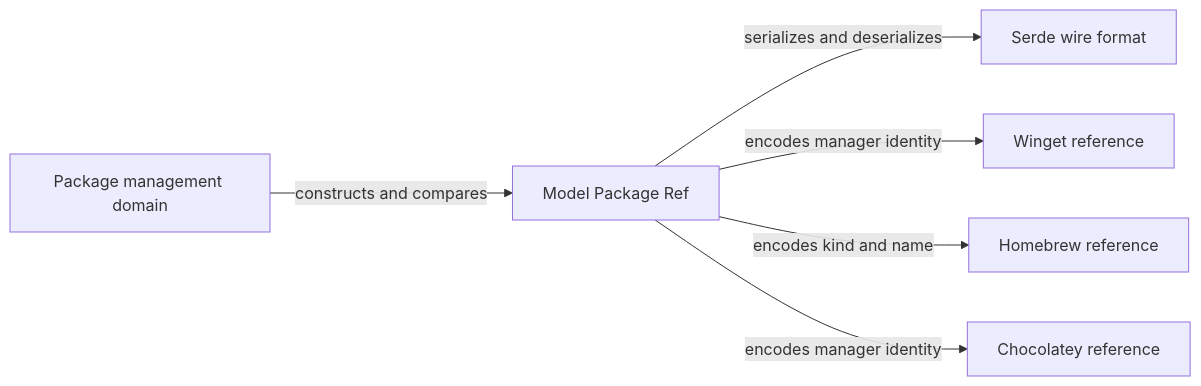
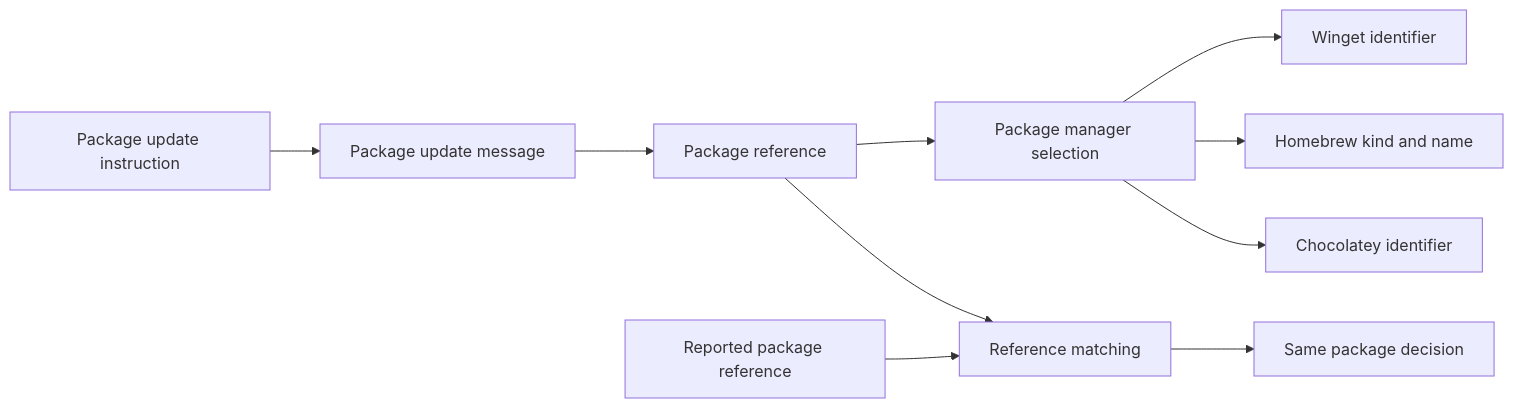
The first of 3 diagrams in docs/reference/architecture/openframe-client-core/model-package-ref/model-package-ref.md (flamingo-stack/openframe-oss-tenant), drawn with Mermaid before and after one commit. The commit also changed other lines of this file and 2377 other files, not shown here.

````diff
--- a/docs/reference/architecture/openframe-client-core/model-package-ref/model-package-ref.md
+++ b/docs/reference/architecture/openframe-client-core/model-package-ref/model-package-ref.md
@@ -73,8 +23,12 @@
 ```mermaid
 flowchart LR
-    PackageDomain["Package management domain"] -->|"constructs and compares"| PackageRef["Model Package Ref"]
-    PackageRef -->|"serializes and deserializes"| Serde["Serde wire format"]
-    PackageRef -->|"encodes manager identity"| Winget["Winget reference"]
-    PackageRef -->|"encodes kind and name"| Brew["Homebrew reference"]
-    PackageRef -->|"encodes manager identity"| Choco["Chocolatey reference"]
+    ControlPlane["Package update instruction"] --> UpdateMessage["Package update message"]
+    UpdateMessage --> PackageRef["Package reference"]
+    PackageRef --> ManagerSelection["Package manager selection"]
+    ManagerSelection --> Winget["Winget identifier"]
+    ManagerSelection --> Brew["Homebrew kind and name"]
+    ManagerSelection --> Choco["Chocolatey identifier"]
+    Inventory["Reported package reference"] --> Match["Reference matching"]
+    PackageRef --> Match
+    Match --> Decision["Same package decision"]
 ```
````
